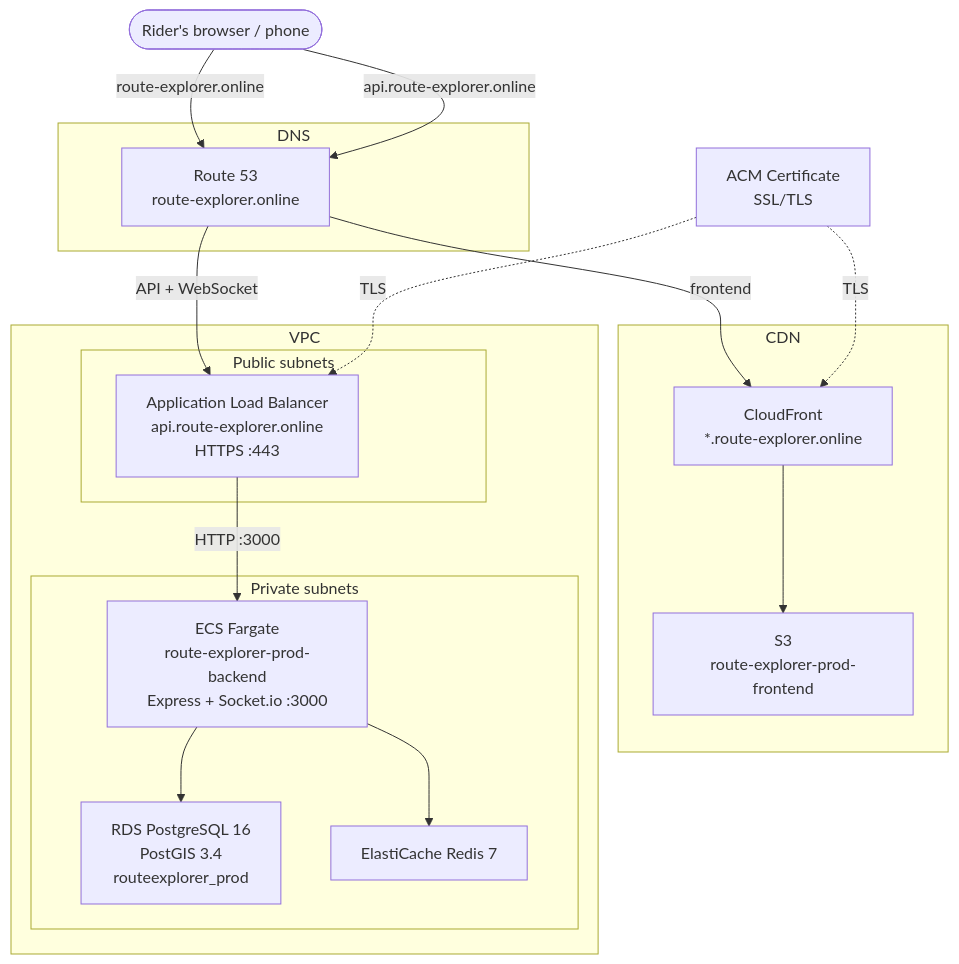
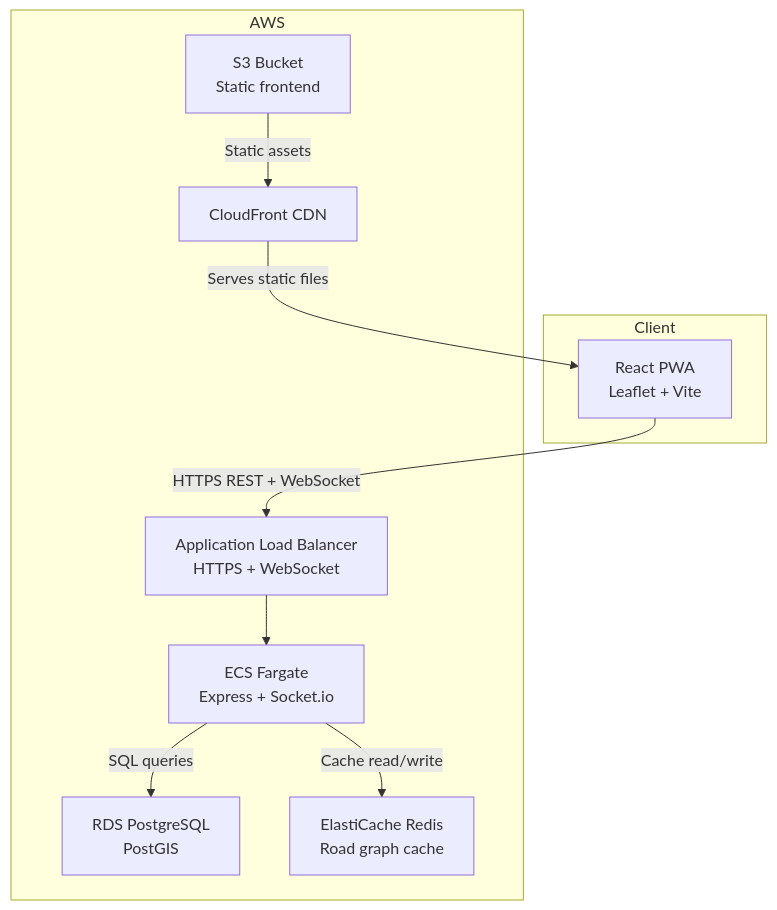
One commit to sahithnulu/route-explorer changed the diagram in docs/Architecture/architecture.md. Above: the diagram before and after it, drawn with Mermaid. The commit also changed other lines of this file and 1 other file, not shown here.

````diff
--- a/docs/Architecture/architecture.md
+++ b/docs/Architecture/architecture.md
@@ -3,38 +3,22 @@
 ```mermaid
 graph TB
-    User([Rider's browser / phone])
-
-    subgraph DNS
-        R53[Route 53<br/>route-explorer.online]
+    subgraph Client
+        PWA[React PWA<br/>Leaflet + Vite]
     end
 
-    subgraph CDN
-        CF[CloudFront<br/>*.route-explorer.online]
-        S3[S3<br/>route-explorer-prod-frontend]
+    subgraph AWS
+        CF[CloudFront CDN]
+        S3[S3 Bucket<br/>Static frontend]
+        ALB[Application Load Balancer<br/>HTTPS + WebSocket]
+        ECS[ECS Fargate<br/>Express + Socket.io]
+        RDS[RDS PostgreSQL<br/>PostGIS]
+        EC[ElastiCache Redis<br/>Road graph cache]
     end
 
-    subgraph VPC
-        subgraph Public subnets
-            ALB[Application Load Balancer<br/>api.route-explorer.online<br/>HTTPS :443]
-        end
-
-        subgraph Private subnets
-            ECS[ECS Fargate<br/>route-explorer-prod-backend<br/>Express + Socket.io :3000]
-            RDS[RDS PostgreSQL 16<br/>PostGIS 3.4<br/>routeexplorer_prod]
-            EC[ElastiCache Redis 7]
-        end
-    end
-
-    ACM[ACM Certificate<br/>SSL/TLS]
-
-    User -->|route-explorer.online| R53
-    User -->|api.route-explorer.online| R53
-    R53 -->|frontend| CF
-    R53 -->|API + WebSocket| ALB
-    CF --> S3
-    ALB -->|HTTP :3000| ECS
-    ACM -.->|TLS| CF
-    ACM -.->|TLS| ALB
-    ECS --> RDS
-    ECS --> EC
+    PWA -->|HTTPS REST + WebSocket| ALB
+    CF -->|Serves static files| PWA
+    S3 -->|Static assets| CF
+    ALB --> ECS
+    ECS -->|SQL queries| RDS
+    ECS -->|Cache read/write| EC
 ```
````
